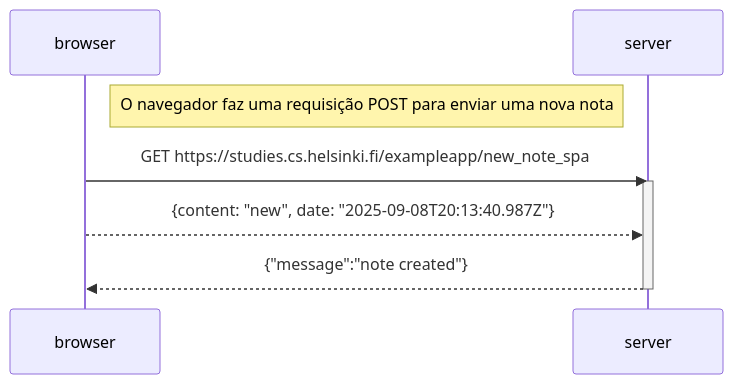
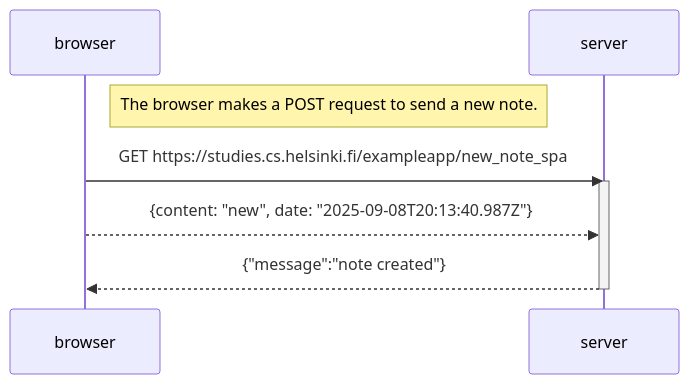
One commit to cleidianeloy/fullstackopen changed the diagram in part0/0_6.mmd. Above: the diagram before and after it, drawn with Mermaid. The commit also changed 2 other files, not shown here.

```diff
--- a/part0/0_6.mmd
+++ b/part0/0_6.mmd
@@ -1,11 +1,11 @@
 sequenceDiagram
     participant browser
     participant server
-    Note right of browser: O navegador faz uma requisição POST para enviar uma nova nota
+    Note right of browser: The browser makes a POST request to send a new note.
 
     browser->>server: GET https://studies.cs.helsinki.fi/exampleapp/new_note_spa
     activate server
     browser-->>server: {content: "new", date: "2025-09-08T20:13:40.987Z"}
     server-->>browser: {"message":"note created"}
 
     deactivate server
```
